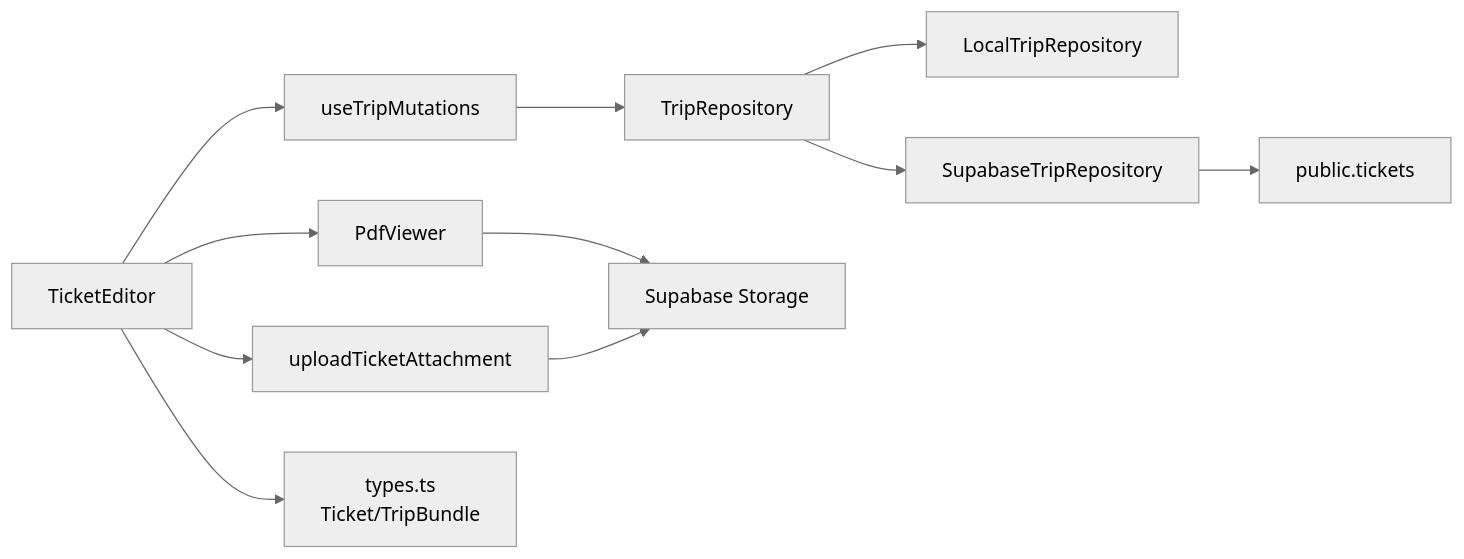
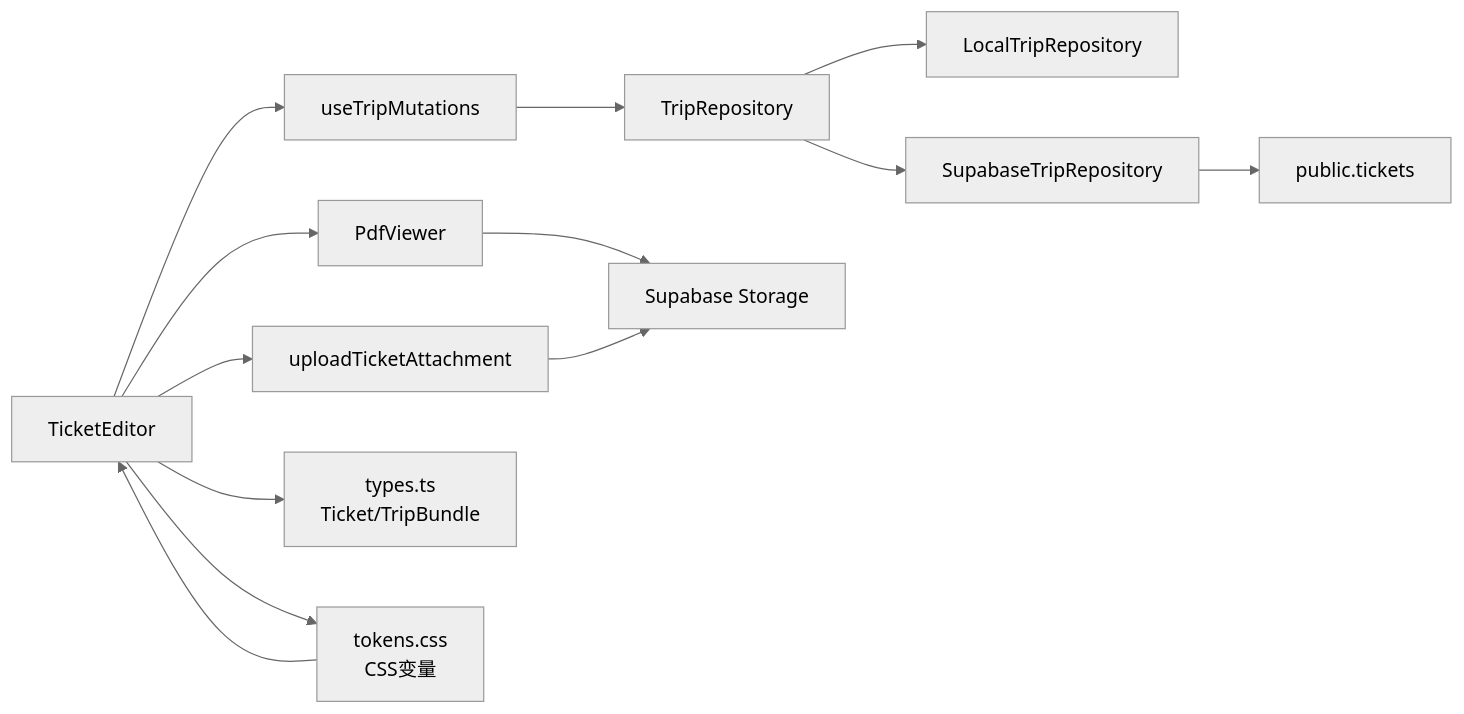
Before and after one commit to huangyilu/wanwuyishi: the fourth of 4 diagrams in .qoder/repowiki/zh/content/核心功能模块/行程管理模块/项目编辑器/票务编辑器/票务编辑器.md, drawn with Mermaid (neutral theme). The commit also changed other lines of this file and 108 other files, not shown here.

````diff
--- a/.qoder/repowiki/zh/content/核心功能模块/行程管理模块/项目编辑器/票务编辑器/票务编辑器.md
+++ b/.qoder/repowiki/zh/content/核心功能模块/行程管理模块/项目编辑器/票务编辑器/票务编辑器.md
@@ -314,13 +350,15 @@
 ```mermaid
 graph LR
 TE["TicketEditor"] --> Q["useTripMutations"]
 TE --> PV["PdfViewer"]
 TE --> UTA["uploadTicketAttachment"]
 Q --> TR["TripRepository"]
 TR --> LTR["LocalTripRepository"]
 TR --> STR["SupabaseTripRepository"]
 STR --> DB["public.tickets"]
 PV --> SUP["Supabase Storage"]
 UTA --> SUP
 TE --> T["types.ts<br/>Ticket/TripBundle"]
+TE --> TS["tokens.css<br/>CSS变量"]
+TS --> TE
 ```
````
